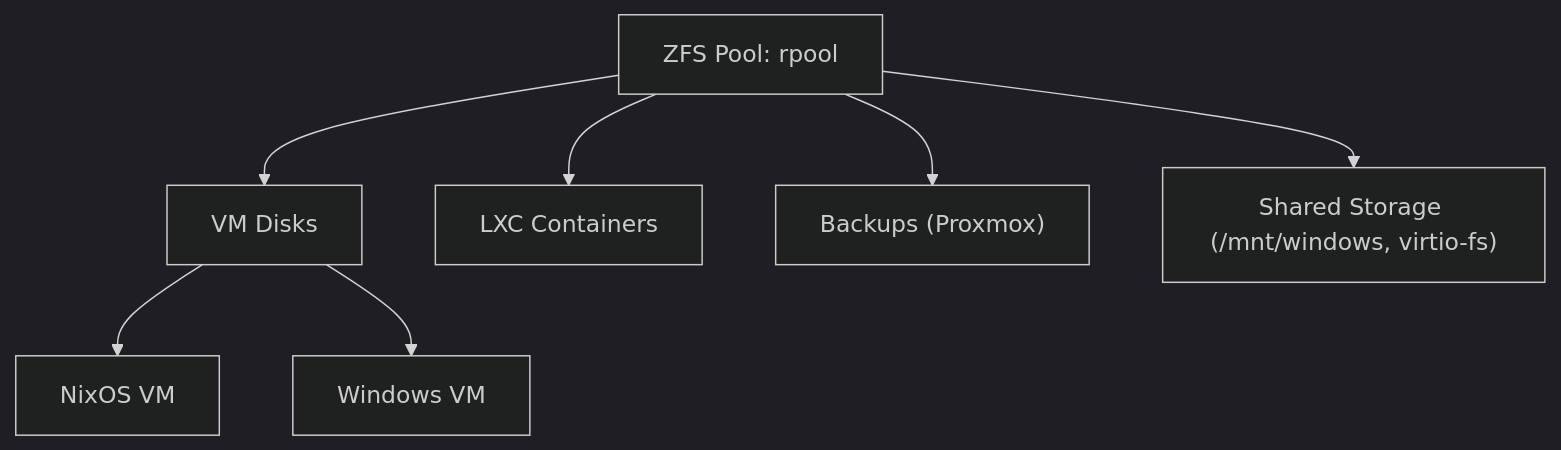
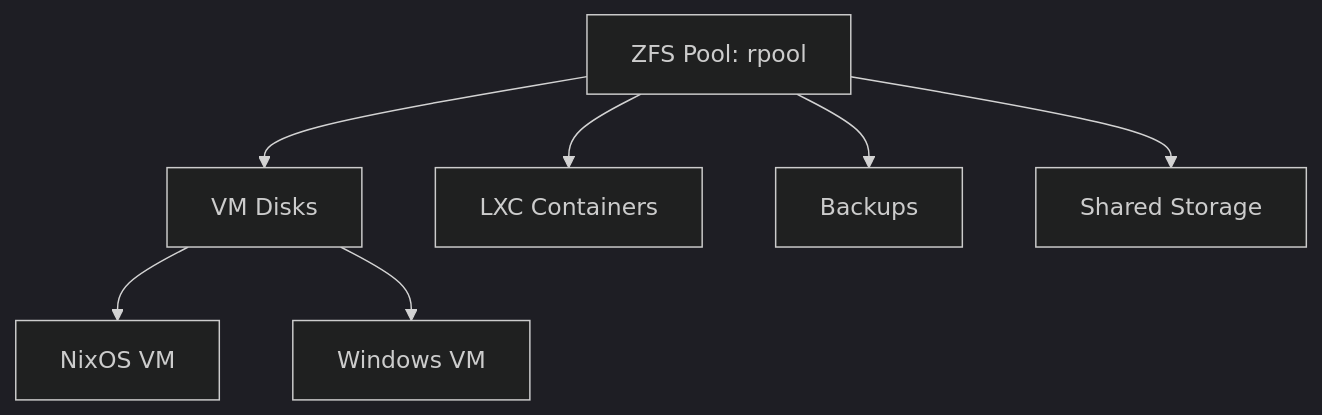
One commit to Hydepwns/nix-mox changed the second of 5 diagrams in docs/architecture/ARCHITECTURE.md. Above: the diagram before and after it, drawn with Mermaid (dark theme). The commit also changed other lines of this file and 145 other files, not shown here.

````diff
--- a/docs/architecture/ARCHITECTURE.md
+++ b/docs/architecture/ARCHITECTURE.md
@@ -60,11 +33,11 @@
 ```mermaid
 graph TD
     rpool["ZFS Pool: rpool"]
     rpool --> VM_Disks
     VM_Disks["VM Disks"]
     VM_Disks --> NixOS_VM["NixOS VM"]
     VM_Disks --> Windows_VM["Windows VM"]
     rpool --> LXC_Containers["LXC Containers"]
-    rpool --> Backups["Backups (Proxmox)"]
-    rpool --> Shared_Storage["Shared Storage (/mnt/windows, virtio-fs)"]
+    rpool --> Backups["Backups"]
+    rpool --> Shared_Storage["Shared Storage"]
 ```
````
